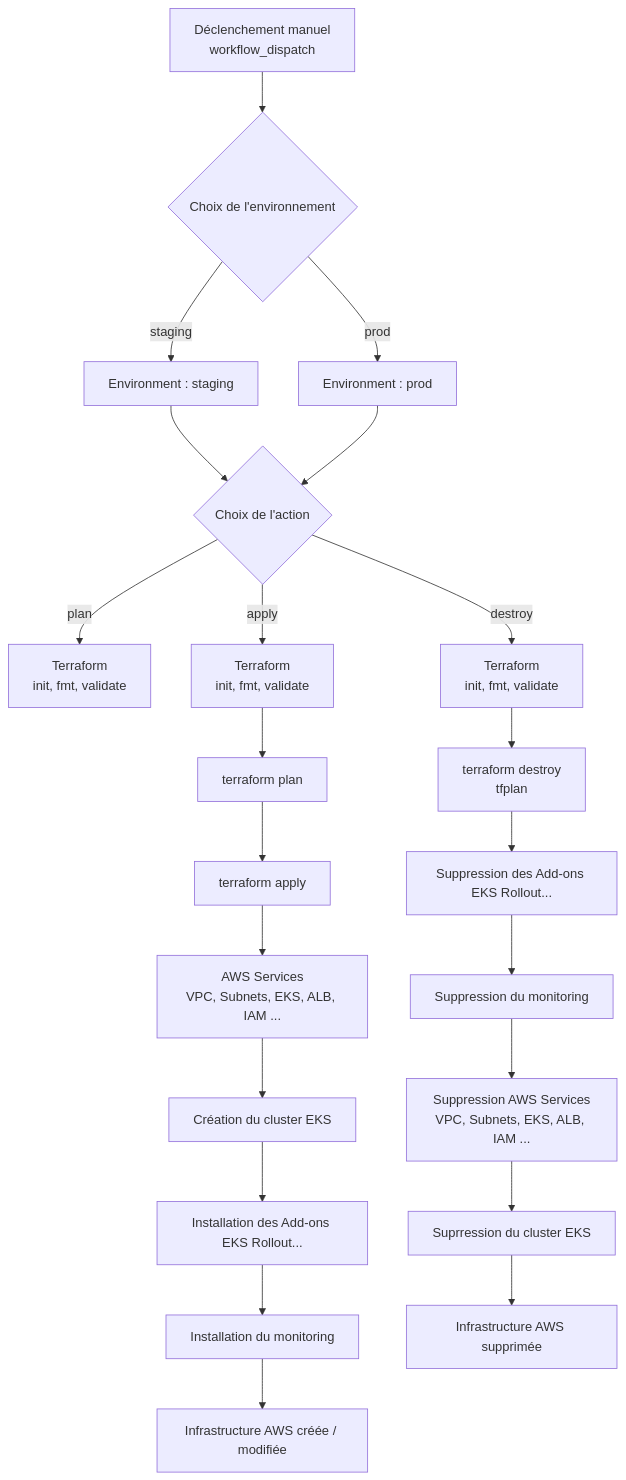
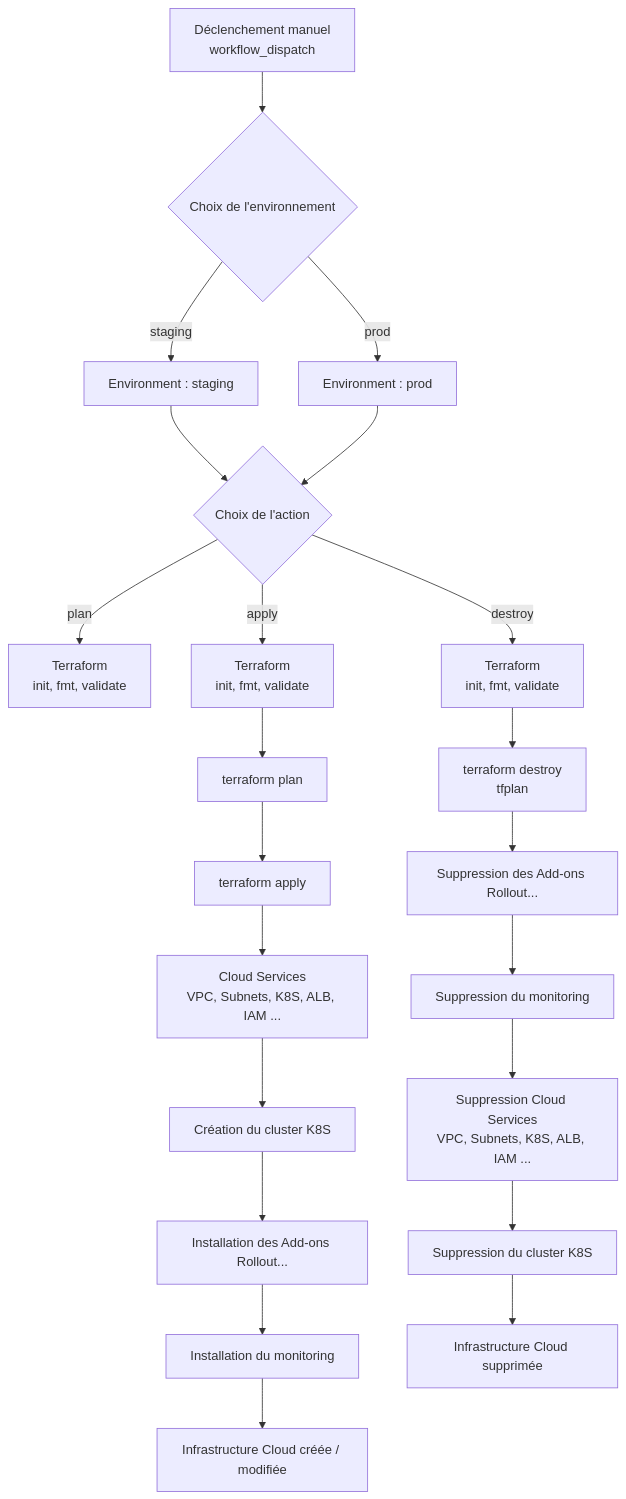
The diagram in docs/pipeline-infra.md (Project9-Organisation/Project9-Integration), drawn with Mermaid before and after one commit. The commit also changed 1 other file, not shown here.

Commit message:
chore: Amélioration de la documentation

````diff
--- a/docs/pipeline-infra.md
+++ b/docs/pipeline-infra.md
@@ -26,33 +26,33 @@
 ```mermaid
 flowchart TD
 
     A[Déclenchement manuel<br/>workflow_dispatch]
 
     A --> B{Choix de l'environnement}
 
     B -->|staging| C[Environment : staging]
     B -->|prod| D[Environment : prod]
 
     C --> E{Choix de l'action}
     D --> E
 
     E -->|plan| F[Terraform<br/>init, fmt, validate]
     E -->|apply| AA[Terraform<br/>init, fmt, validate]
     E -->|destroy| DA[Terraform<br/>init, fmt, validate]
     
     AA --> AB[terraform plan]
     AB --> AC[terraform apply]
-    AC --> AD[AWS Services<br/>VPC, Subnets, EKS, ALB, IAM ...]
-    AD --> AE[Création du cluster EKS]    
-    AE --> AF[Installation des Add-ons EKS Rollout...]    
+    AC --> AD[Cloud Services<br/>VPC, Subnets, K8S, ALB, IAM ...]
+    AD --> AE[Création du cluster K8S]    
+    AE --> AF[Installation des Add-ons Rollout...]    
     AF --> AG[Installation du monitoring]
-    AG --> AH[Infrastructure AWS créée / modifiée]
+    AG --> AH[Infrastructure Cloud créée / modifiée]
 
     DA --> DB[terraform destroy<br/>tfplan]    
-    DB --> DC[Suppression des Add-ons EKS Rollout...]
+    DB --> DC[Suppression des Add-ons Rollout...]
     DC --> DD[Suppression du monitoring]
-    DD --> DE[Suppression AWS Services<br/>VPC, Subnets, EKS, ALB, IAM ...]
-    DE --> DF[Suprression du cluster EKS]    
-    DF --> DG[Infrastructure AWS supprimée]
+    DD --> DE[Suppression Cloud Services<br/>VPC, Subnets, K8S, ALB, IAM ...]
+    DE --> DF[Suppression du cluster K8S]    
+    DF --> DG[Infrastructure Cloud supprimée]
     
 ```
````
